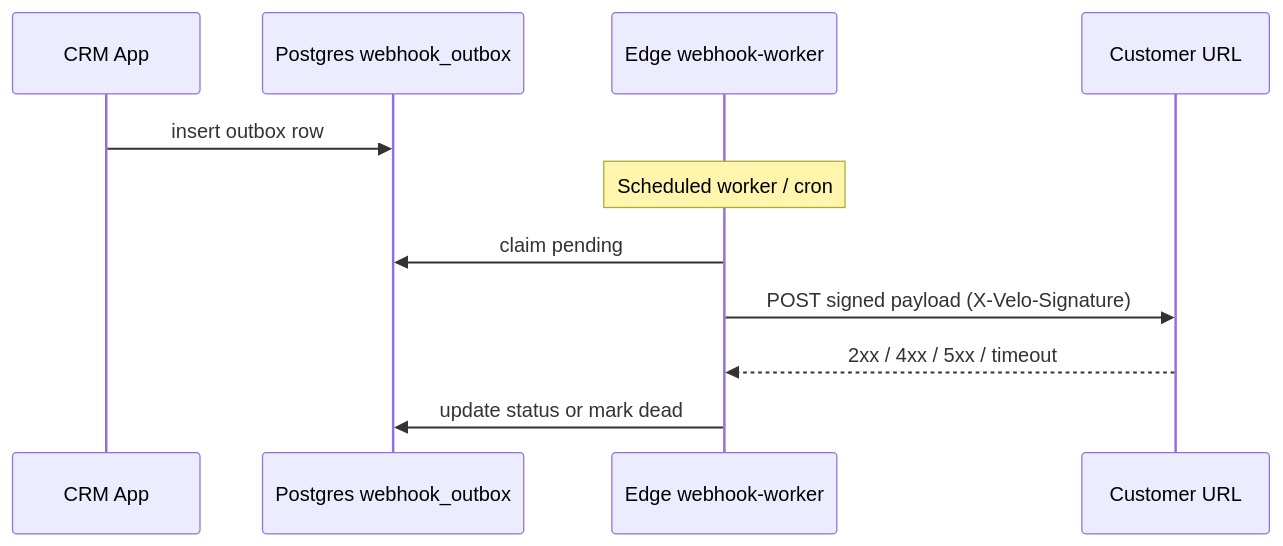
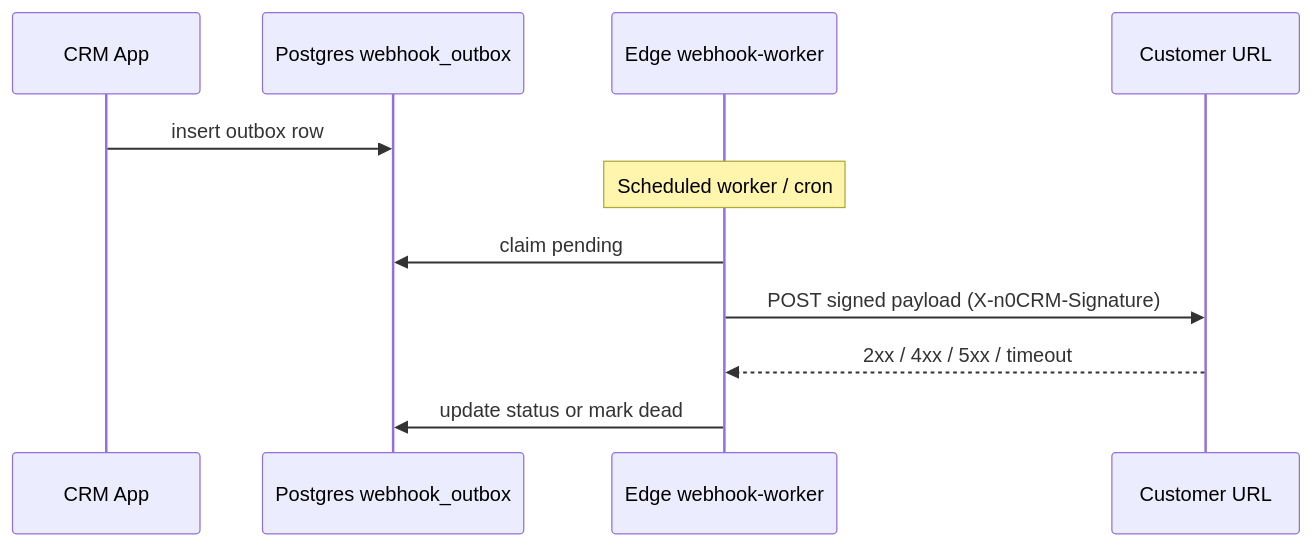
Before and after one commit to Davmunrey/CRM-Project: the diagram in frontend/docs/master-pipedrive-velo-comparison.md, drawn with Mermaid. The commit also changed other lines of this file and 147 other files, not shown here.

First line of the commit message:
feat: rebrand Velo → n0CRM + merge api/ into monorepo + security hardening

````diff
--- a/frontend/docs/master-pipedrive-velo-comparison.md
+++ b/frontend/docs/master-pipedrive-velo-comparison.md
@@ -62,13 +62,13 @@
 ```mermaid
 sequenceDiagram
   participant App as CRM App
   participant DB as Postgres webhook_outbox
   participant W as Edge webhook-worker
   participant Ext as Customer URL
   App->>DB: insert outbox row
   Note over W: Scheduled worker / cron
   W->>DB: claim pending
-  W->>Ext: POST signed payload (X-Velo-Signature)
+  W->>Ext: POST signed payload (X-n0CRM-Signature)
   Ext-->>W: 2xx / 4xx / 5xx / timeout
   W->>DB: update status or mark dead
 ```
````
